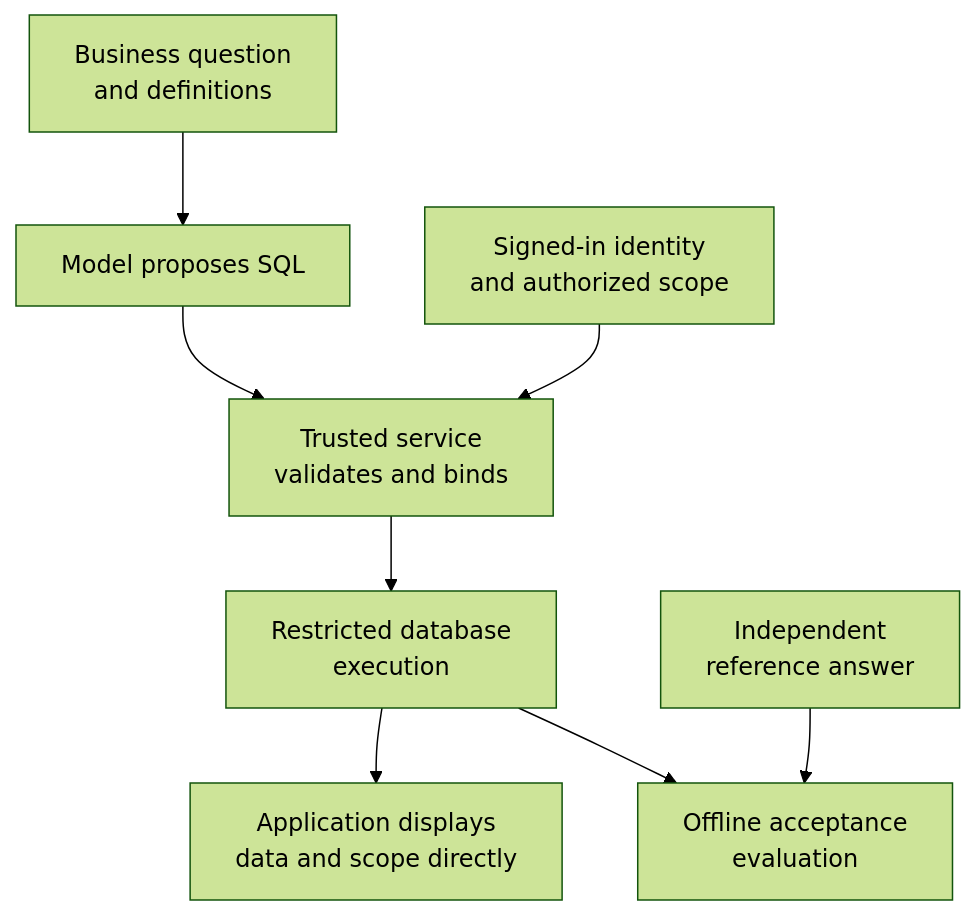
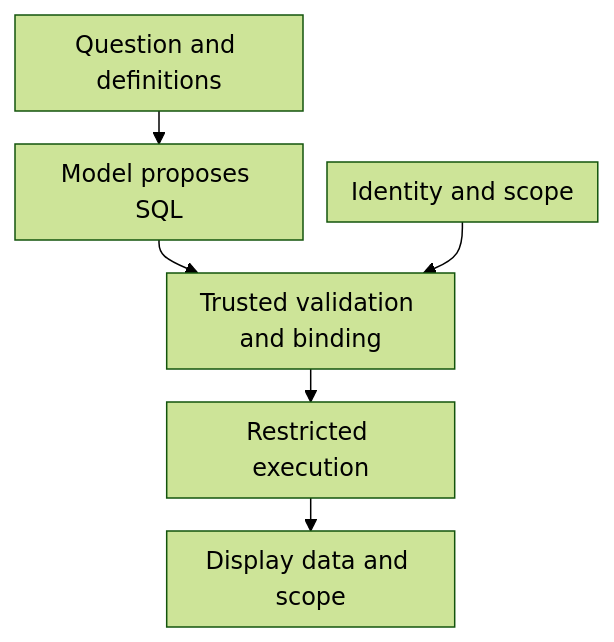
One commit to zongyangbigpolo/awesome-ai-roadmap changed the first of 2 diagrams in docs/rag/07-structured-queries/22-text-to-sql.md. Above: the diagram before and after it, drawn with Mermaid (forest theme). The commit also changed other lines of this file and 320 other files, not shown here.

First line of the commit message:
Prepare compact bilingual diagrams and centralized references for Kindle RC2

````diff
--- a/docs/rag/07-structured-queries/22-text-to-sql.md
+++ b/docs/rag/07-structured-queries/22-text-to-sql.md
@@ -150,10 +150,9 @@
 ```mermaid
+%%{init: {"flowchart": {"nodeSpacing": 16, "rankSpacing": 22, "padding": 8, "wrappingWidth": 160}}}%%
 flowchart TD
-    A["Business question<br/>and definitions"] --> B["Model proposes SQL"]
-    B --> C["Trusted service<br/>validates and binds"]
-    I["Signed-in identity<br/>and authorized scope"] --> C
-    C --> D["Restricted database<br/>execution"]
-    D --> E["Application displays<br/>data and scope directly"]
-    F["Independent<br/>reference answer"] --> G["Offline acceptance<br/>evaluation"]
-    D --> G
+    A["Question and definitions"] --> B["Model proposes SQL"]
+    B --> C["Trusted validation and binding"]
+    I["Identity and scope"] --> C
+    C --> D["Restricted execution"]
+    D --> E["Display data and scope"]
 ```
````
